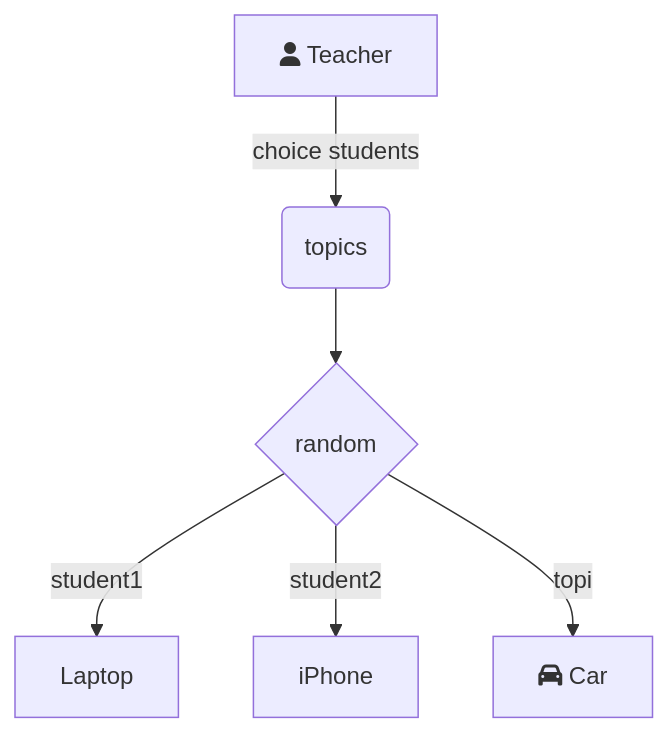
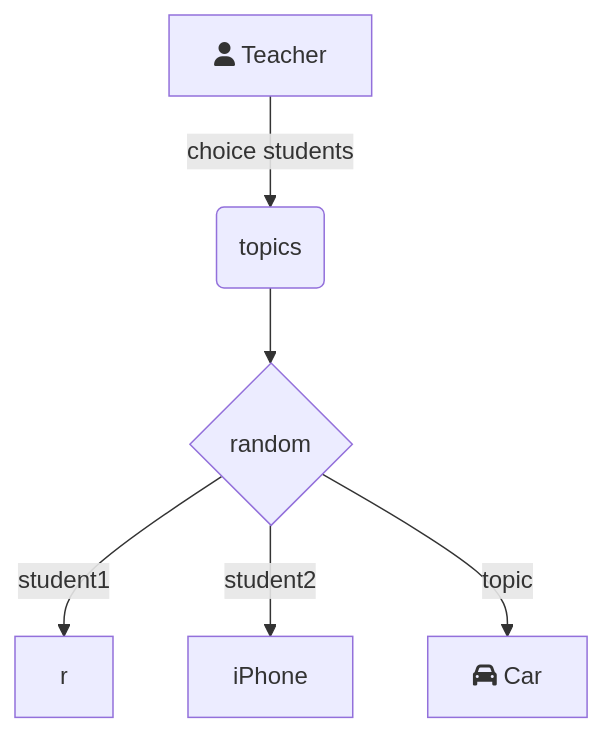
One commit to CharlieTD/iodraw-files changed the diagram in all/未命名-2.md. Above: the diagram before and after it, drawn with Mermaid.

Commit message:
2024-07-15 22:41:09 update

````diff
--- a/all/未命名-2.md
+++ b/all/未命名-2.md
@@ -1,8 +1,8 @@
 ```mermaid
 graph TD
     A[fa:fa-user Teacher] -->|choice students| B(topics)
     B --> C{random}
-    C -->|student1| D[Laptop]
+    C -->|student1| D[r]
     C -->|student2| E[iPhone]
-    C -->|topi| F[fa:fa-car Car]
+    C -->|topic| F[fa:fa-car Car]
 ```
````
